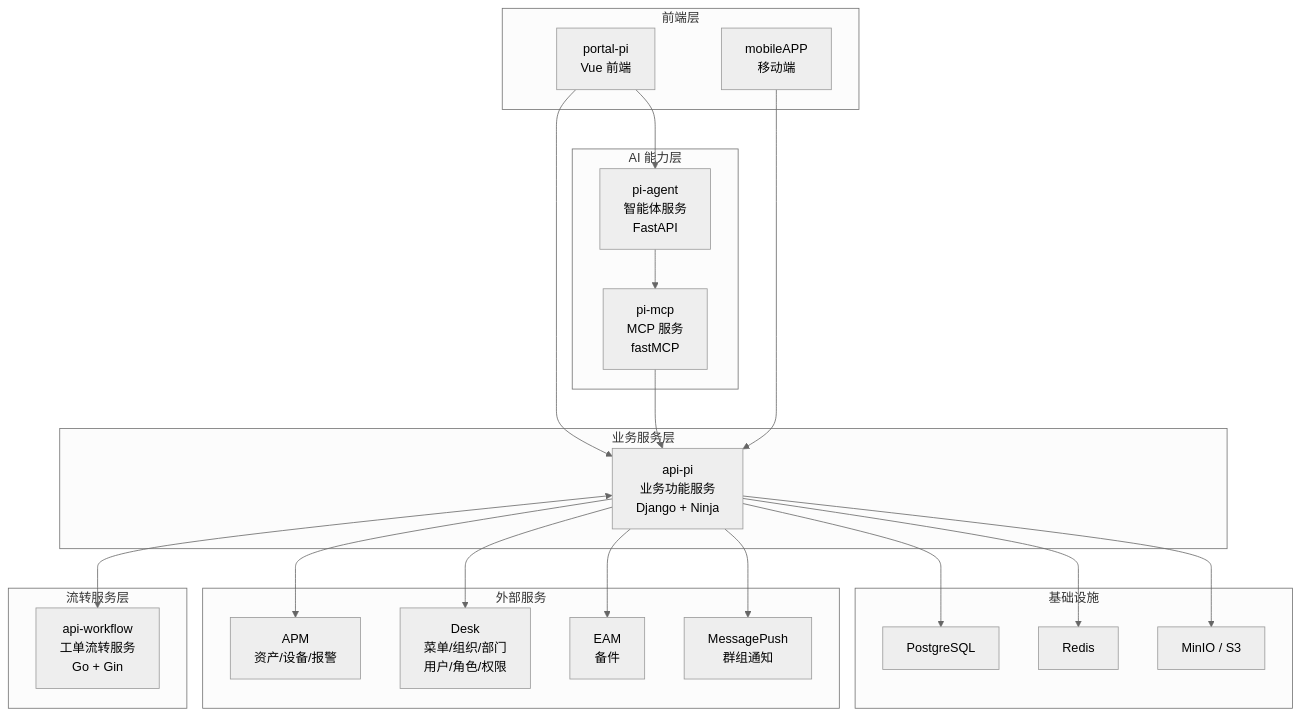
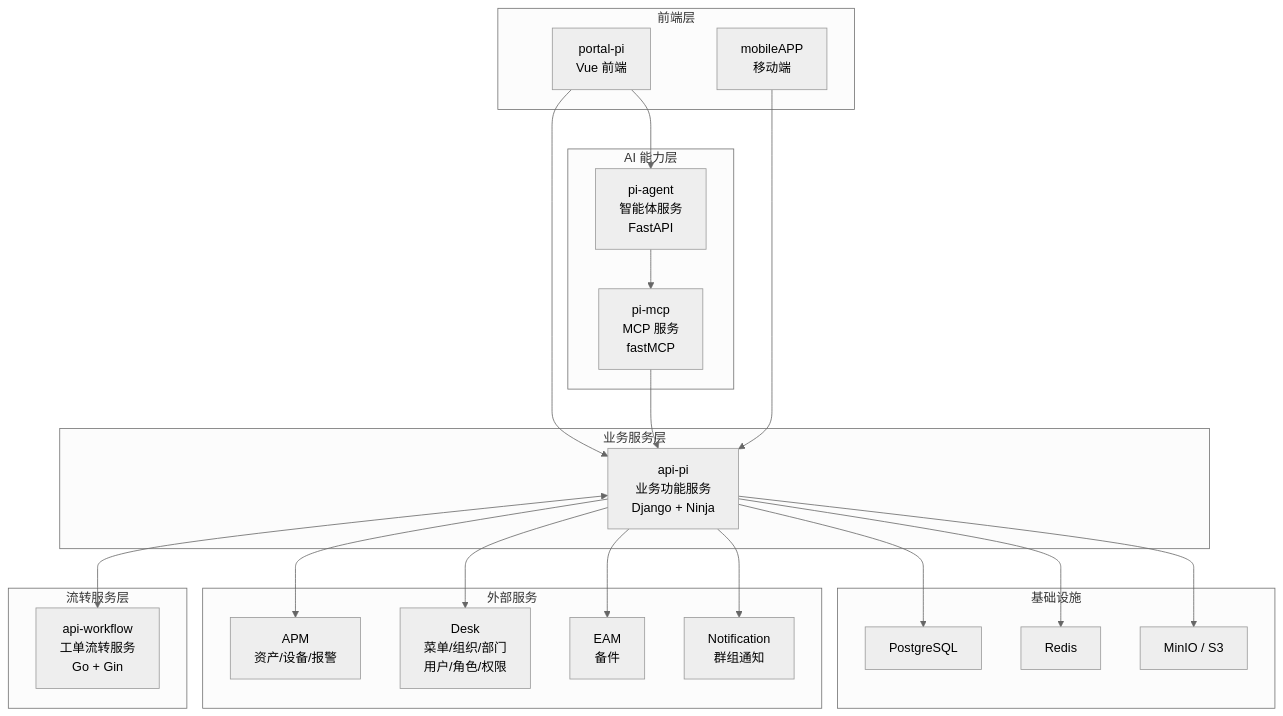
Before and after one commit to larkinwang20/my-pages: the fifth of 9 diagrams in technical_architecture_doc.md, drawn with Mermaid (neutral theme).

Commit message:
notification

````diff
--- a/technical_architecture_doc.md
+++ b/technical_architecture_doc.md
@@ -189,47 +189,47 @@
 ```mermaid
 graph TB
     subgraph frontend ["前端层"]
         Portal["portal-pi<br/>Vue 前端"]
         Mobile["mobileAPP<br/>移动端"]
     end
 
     subgraph bff ["业务服务层"]
         ApiPI["api-pi<br/>业务功能服务<br/>Django + Ninja"]
     end
 
     subgraph workflow ["流转服务层"]
         ApiWF["api-workflow<br/>工单流转服务<br/>Go + Gin"]
     end
 
     subgraph ai ["AI 能力层"]
         Agent["pi-agent<br/>智能体服务<br/>FastAPI"]
         MCP["pi-mcp<br/>MCP 服务<br/>fastMCP"]
     end
 
     subgraph external ["外部服务"]
         APM["APM<br/>资产/设备/报警"]
         DeskSvc["Desk<br/>菜单/组织/部门<br/>用户/角色/权限"]
         EAMSvc["EAM<br/>备件"]
-        MSF["MessagePush<br/>群组通知"]
+        MSF["Notification<br/>群组通知"]
     end
 
     subgraph infra ["基础设施"]
         PG["PostgreSQL"]
         Redis["Redis"]
         S3["MinIO / S3"]
     end
 
     Portal --> ApiPI
     Mobile --> ApiPI
     Portal --> Agent
     Agent --> MCP
     MCP --> ApiPI
     ApiPI <--> ApiWF
     ApiPI --> APM
     ApiPI --> DeskSvc
     ApiPI --> EAMSvc
     ApiPI --> MSF
     ApiPI --> PG
     ApiPI --> Redis
     ApiPI --> S3
 ```
````
